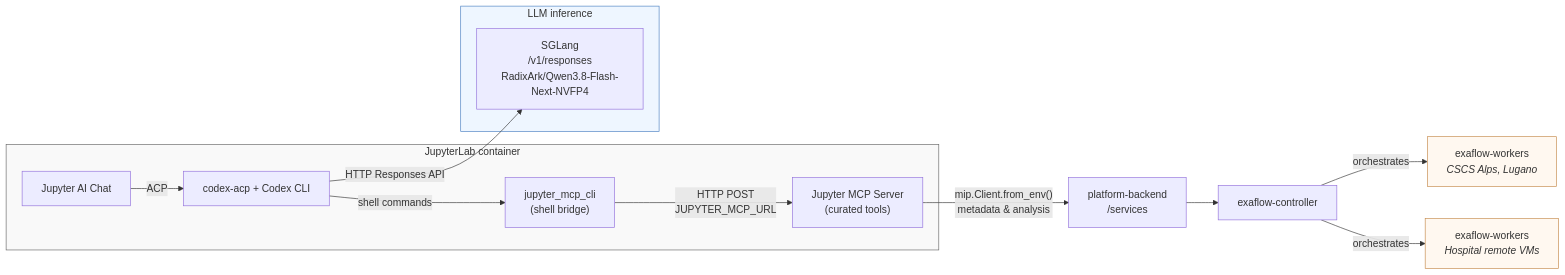
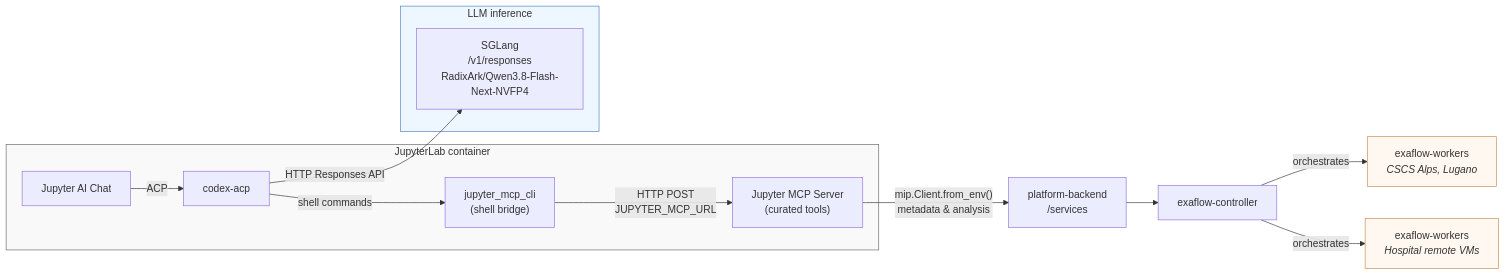
Before and after one commit to madgik/mip-jupyter: the diagram in docs/jupyter-ai-architecture.md, drawn with Mermaid. The commit also changed 3 other files, not shown here.

````diff
--- a/docs/jupyter-ai-architecture.md
+++ b/docs/jupyter-ai-architecture.md
@@ -8,33 +8,33 @@
 ```mermaid
 flowchart LR
     subgraph JL["JupyterLab container"]
         Chat["Jupyter AI Chat"]
         MCP["Jupyter MCP Server<br/>(curated tools)"]
-        Codex["codex-acp + Codex CLI"]
+        Codex["codex-acp"]
         CLI["jupyter_mcp_cli<br/>(shell bridge)"]
 
         Chat -->|"ACP"| Codex
         Codex -->|"shell commands"| CLI
         CLI -->|"HTTP POST<br/>JUPYTER_MCP_URL"| MCP
     end
 
     Backend["platform-backend<br/>/services"]
     Controller["exaflow-controller"]
     CSCSW["exaflow-workers<br/><i>CSCS Alps, Lugano</i>"]
     HW["exaflow-workers<br/><i>Hospital remote VMs</i>"]
 
     subgraph LLM["LLM inference"]
         VLLM["SGLang<br/>/v1/responses<br/>RadixArk/Qwen3.8-Flash-Next-NVFP4"]
     end
 
     MCP -->|"mip.Client.from_env()<br/>metadata & analysis"| Backend
     Backend --> Controller
     Controller -->|"orchestrates"| CSCSW
     Controller -->|"orchestrates"| HW
     Codex -->|"HTTP Responses API"| VLLM
 
     style JL fill:#f9f9f9,stroke:#666
     style LLM fill:#eef6ff,stroke:#4a7fc1
     style CSCSW fill:#fff8f0,stroke:#c48a4a
     style HW fill:#fff8f0,stroke:#c48a4a
 ```
````
